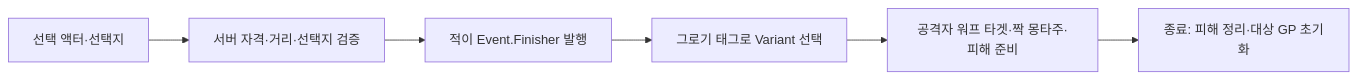
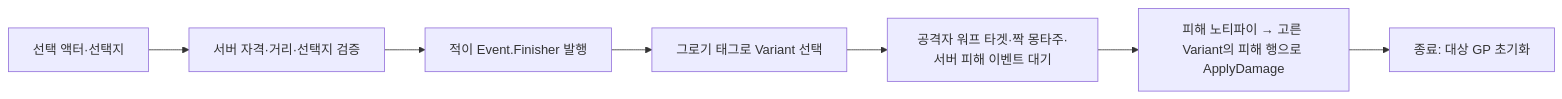
One commit to Woogl/ProjectWx changed the diagram in .wiki/wiki/concepts/combat-finisher.md. Above: the diagram before and after it, drawn with Mermaid. The commit also changed other lines of this file and 15 other files, not shown here.

````diff
--- a/.wiki/wiki/concepts/combat-finisher.md
+++ b/.wiki/wiki/concepts/combat-finisher.md
@@ -24,8 +25,9 @@
 ```mermaid
 flowchart LR
   A["선택 액터·선택지"] --> B["서버 자격·거리·선택지 검증"]
   B --> C["적이 Event.Finisher 발행"]
   C --> D["그로기 태그로 Variant 선택"]
-  D --> E["공격자 워프 타겟·짝 몽타주·피해 준비"]
-  E --> F["종료: 피해 정리·대상 GP 초기화"]
+  D --> E["공격자 워프 타겟·짝 몽타주·서버 피해 이벤트 대기"]
+  E --> F["피해 노티파이 → 고른 Variant의 피해 행으로 ApplyDamage"]
+  F --> G["종료: 대상 GP 초기화"]
 ```
````
